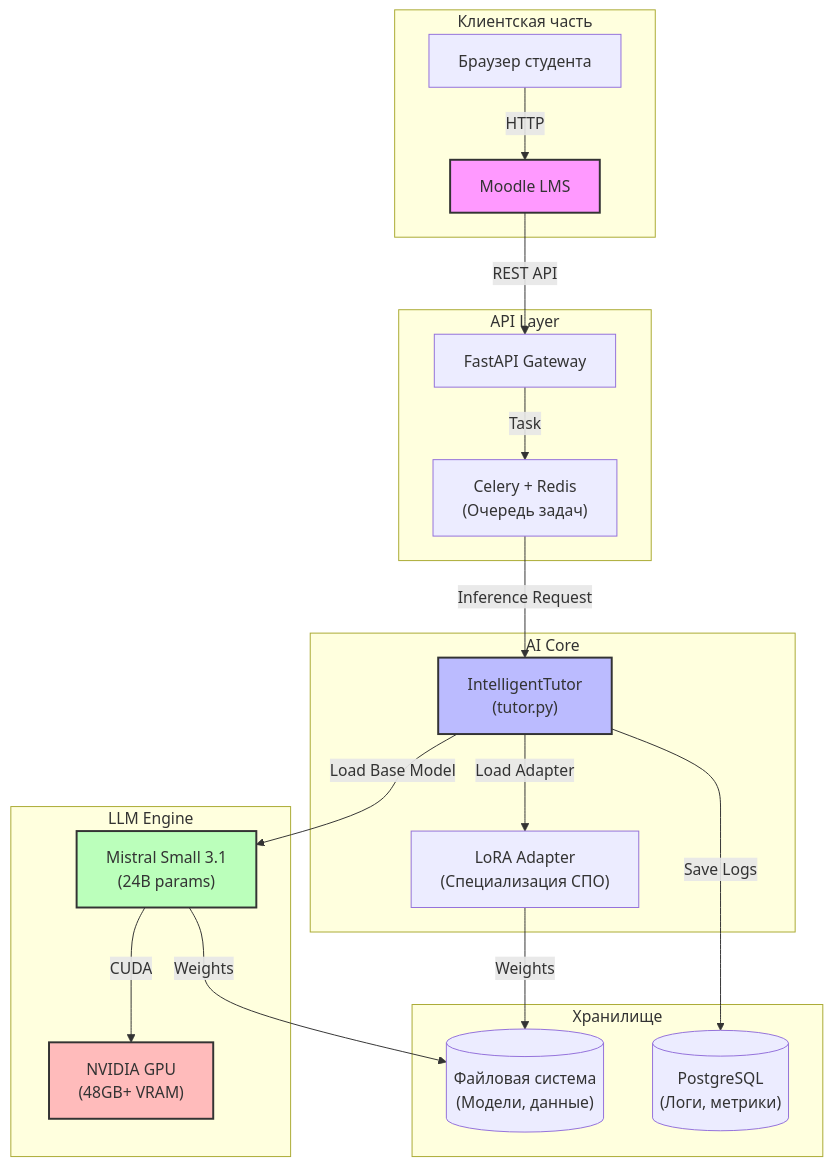
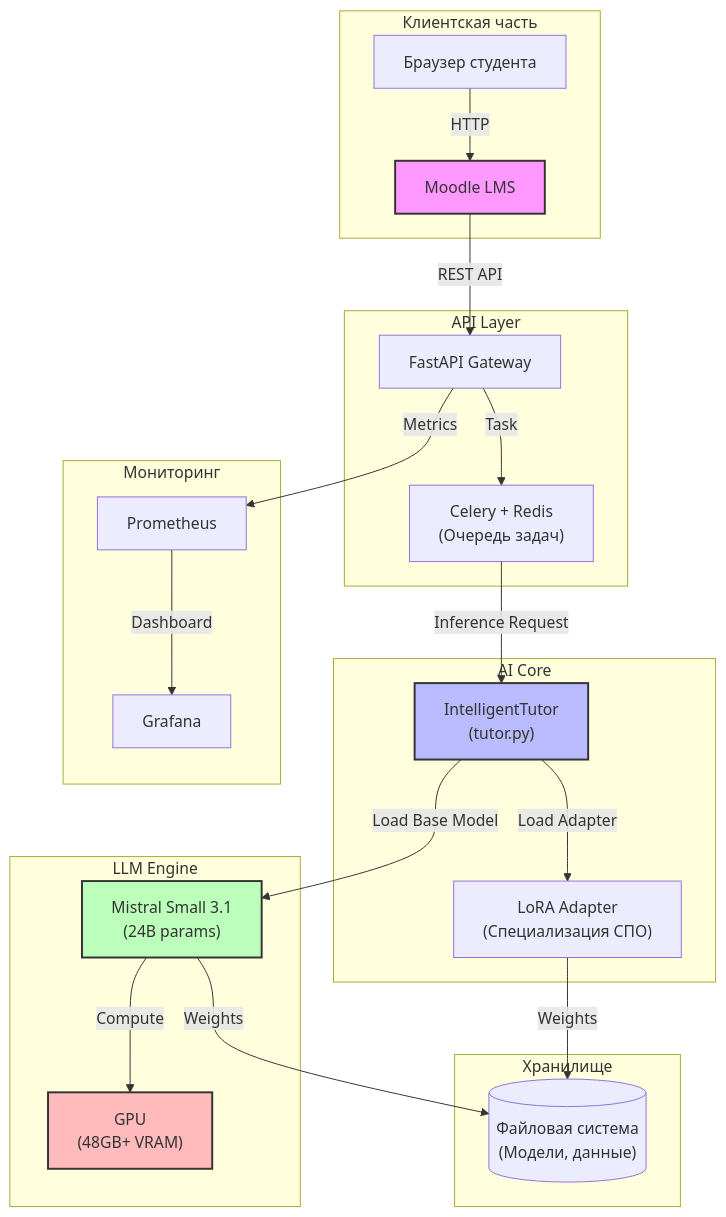
One commit to DimaNikolaevi4/al changed the diagram in README.md. Above: the diagram before and after it, drawn with Mermaid. The commit also changed other lines of this file and 36 other files, not shown here.

````diff
--- a/README.md
+++ b/README.md
@@ -41,43 +46,48 @@
 ```mermaid
 flowchart TB
     subgraph Client["Клиентская часть"]
         M["Moodle LMS"]
         B["Браузер студента"]
     end
 
     subgraph API["API Layer"]
         GW["FastAPI Gateway"]
         Q["Celery + Redis<br/>(Очередь задач)"]
     end
 
     subgraph Core["AI Core"]
         T["IntelligentTutor<br/>(tutor.py)"]
         L["LoRA Adapter<br/>(Специализация СПО)"]
     end
 
     subgraph Model["LLM Engine"]
         M1["Mistral Small 3.1<br/>(24B params)"]
-        GPU["NVIDIA GPU<br/>(48GB+ VRAM)"]
+        GPU["GPU<br/>(48GB+ VRAM)"]
     end
 
     subgraph Storage["Хранилище"]
-        DB[("PostgreSQL<br/>(Логи, метрики)")]
         FS[("Файловая система<br/>(Модели, данные)")]
+    end
+
+    subgraph Monitoring["Мониторинг"]
+        P["Prometheus"]
+        G["Grafana"]
     end
 
     B -->|HTTP| M
     M -->|REST API| GW
     GW -->|Task| Q
     Q -->|Inference Request| T
     T -->|Load Base Model| M1
     T -->|Load Adapter| L
-    M1 -->|CUDA| GPU
-    T -->|Save Logs| DB
+    M1 -->|Compute| GPU
     L -->|Weights| FS
     M1 -->|Weights| FS
+    GW -->|Metrics| P
+    P -->|Dashboard| G
 
     style M fill:#f9f,stroke:#333,stroke-width:2px
     style T fill:#bbf,stroke:#333,stroke-width:2px
     style M1 fill:#bfb,stroke:#333,stroke-width:2px
     style GPU fill:#fbb,stroke:#333,stroke-width:2px
 ```
````
